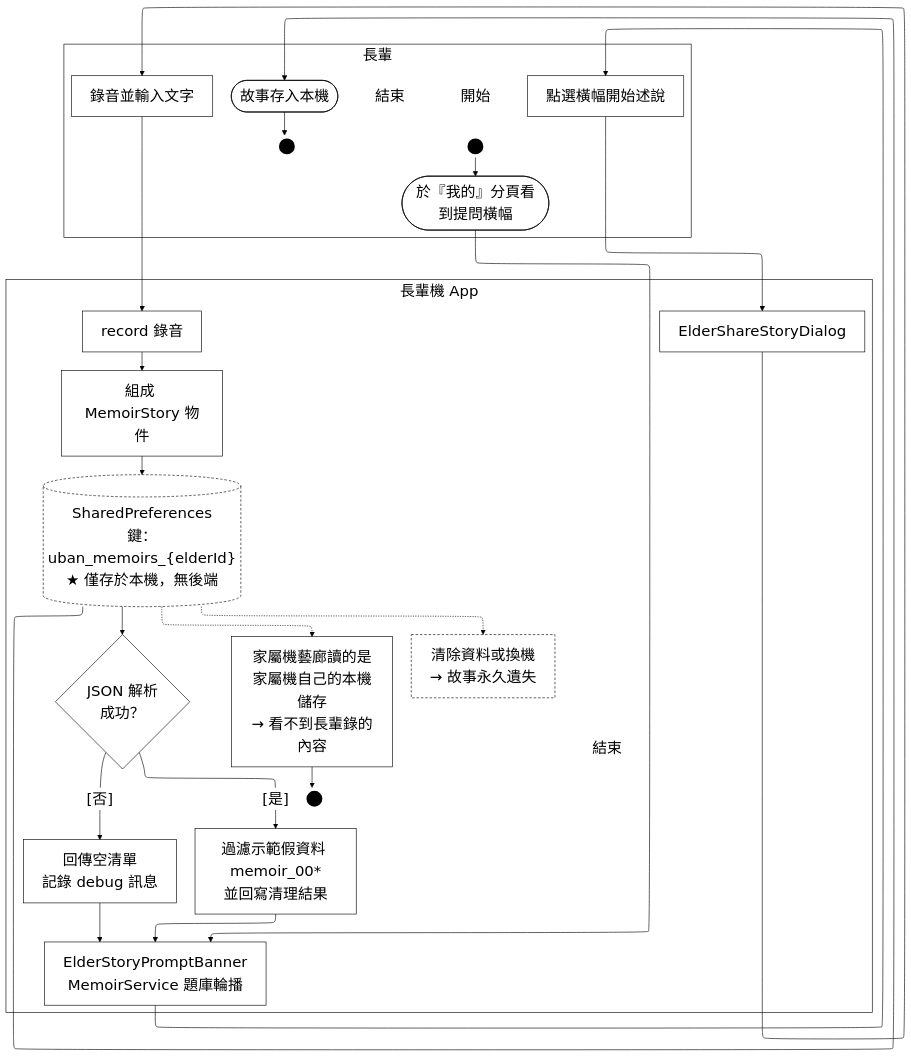
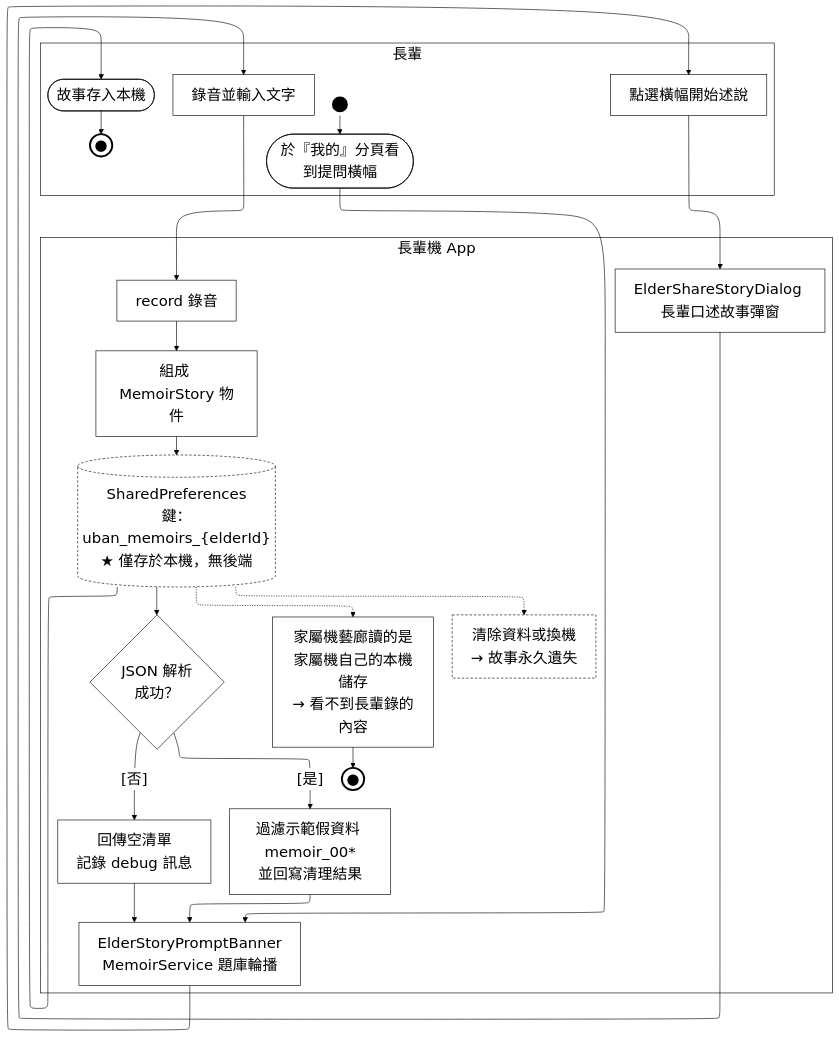
The diagram in Uban System Documents/mermaid原始碼/A12-生命回顧（長輩）.mmd (HuangYu-Kai/Uban), drawn with Mermaid before and after one commit. The commit also changed 87 other files, not shown here.

First line of the commit message:
圖表：全面改用 draw.io 取代 mermaid，並把 113 個純英文節點改成英中對照

```diff
--- a/Uban System Documents/mermaid原始碼/A12-生命回顧（長輩）.mmd
+++ b/Uban System Documents/mermaid原始碼/A12-生命回顧（長輩）.mmd
@@ -1,56 +1,52 @@
-%%{init:{"layout":"elk","elk":{"mergeEdges":false},"flowchart":{"htmlLabels":true},"themeVariables":{"clusterBkg":"#FFFFFF","clusterBorder":"#000000","edgeLabelBackground":"#FFFFFF","textColor":"#000000","nodeTextColor":"#000000","titleColor":"#000000","lineColor":"#000000","fontSize":"24px"}}}%%
+%%{init:{"layout":"elk","elk":{"mergeEdges":false,"nodePlacementStrategy":"NETWORK_SIMPLEX"},"flowchart":{"htmlLabels":true},"themeVariables":{"clusterBkg":"#FFFFFF","clusterBorder":"#000000","edgeLabelBackground":"#FFFFFF","textColor":"#000000","nodeTextColor":"#000000","titleColor":"#000000","lineColor":"#000000","fontSize":"24px"}}}%%
 flowchart TD
   subgraph ROLE["長輩"]
-    LS_S1["開始"]:::lbl
+    PAD_ROLE["&nbsp;&nbsp;&nbsp;&nbsp;&nbsp;&nbsp;&nbsp;&nbsp;&nbsp;&nbsp;&nbsp;&nbsp;&nbsp;&nbsp;&nbsp;&nbsp;&nbsp;&nbsp;&nbsp;&nbsp;&nbsp;&nbsp;&nbsp;&nbsp;&nbsp;&nbsp;&nbsp;&nbsp;&nbsp;&nbsp;&nbsp;&nbsp;&nbsp;&nbsp;&nbsp;&nbsp;&nbsp;&nbsp;&nbsp;&nbsp;"]:::pad
     ST_S1(("&nbsp;")):::term
     S1([於『我的』分頁看到提問橫幅]):::act
     S2["點選橫幅開始述說"]:::act
     S3["錄音並輸入文字"]:::act
     S4(["故事存入本機"]):::act
-    LE_S4["結束"]:::lbl
-    EN_S4(("&nbsp;")):::term
+    EN_S4(("●")):::endterm
   end
   subgraph FE["長輩機 App"]
     A1["ElderStoryPromptBanner<br/>MemoirService 題庫輪播"]:::act
-    A2["ElderShareStoryDialog"]:::act
+    A2["ElderShareStoryDialog 長輩口述故事彈窗"]:::act
     A3["record 錄音"]:::act
     A4["組成 MemoirStory 物件"]:::act
     A5["過濾示範假資料 memoir_00*<br/>並回寫清理結果"]:::act
     A6{"JSON 解析<br/>成功？"}:::dec
     A7["回傳空清單<br/>記錄 debug 訊息"]:::act
     LOCAL[("SharedPreferences<br/>鍵：uban_memoirs_{elderId}<br/>★ 僅存於本機，無後端")]:::gap
     G1["家屬機藝廊讀的是<br/>家屬機自己的本機儲存<br/>→ 看不到長輩錄的內容"]:::act
-    LE_G1["結束"]:::lbl
-    EN_G1(("&nbsp;")):::term
+    EN_G1(("●")):::endterm
     G2["清除資料或換機<br/>→ 故事永久遺失"]:::gap
   end
 
-  LS_S1 ~~~ ST_S1
   ST_S1 --> S1
   S1 --> A1
   A1 --> S2
   S2 --> A2
   A2 --> S3
   S3 --> A3
   A3 --> A4
   A4 --> LOCAL
   LOCAL --> S4
   LOCAL --> A6
   A6 -->|"[是]"| A5
   A5 --> A1
   A6 -->|"[否]"| A7
   A7 --> A1
   LOCAL -.-> G1
   LOCAL -.-> G2
   S4 --> EN_S4
-  LE_S4 ~~~ EN_S4
   G1 --> EN_G1
-  LE_G1 ~~~ EN_G1
   %% 鎖住泳道順序：ELK 不照宣告順序排，沒有這條鏈後端會跑到最上面
   ROLE ~~~ FE
 
+  classDef pad  fill:none,stroke:none,color:#FFFFFF
   classDef act  fill:#FFFFFF,stroke:#000000,stroke-width:1px,color:#000000
   classDef dec  fill:#FFFFFF,stroke:#000000,stroke-width:1px,color:#000000
   classDef term fill:#000000,stroke:#000000,stroke-width:3px,color:#000000
+  classDef endterm fill:#FFFFFF,stroke:#000000,stroke-width:3px,color:#000000
   classDef gap  fill:#FFFFFF,stroke:#000000,stroke-width:1px,color:#000000,stroke-dasharray:4 3
-  classDef lbl  fill:none,stroke:none,color:#000000
```
